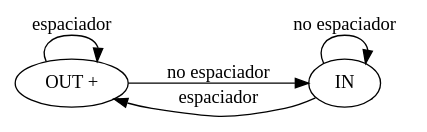
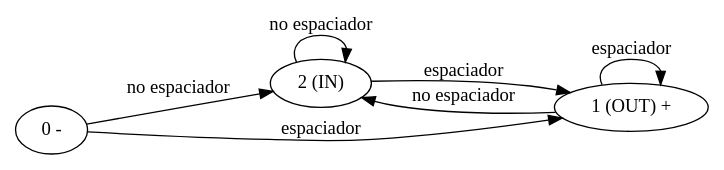
The diagram in 12-CMaquinasDeEstado/histograma.gv (LColamonici/SSL), drawn with Graphviz before and after one commit. The commit also changed 3 other files, not shown here.

```diff
--- a/12-CMaquinasDeEstado/histograma.gv
+++ b/12-CMaquinasDeEstado/histograma.gv
@@ -1,8 +1,12 @@
 digraph G{
     rankdir="LR"
-    out[label="OUT +"]
+    inicio[label="0 -"]
+    IN[label="2 (IN)"]
+    out[label="1 (OUT) +"]
     out->out[label="espaciador"]
     out->IN[label="no espaciador"]
     IN->IN[label="no espaciador"]
     IN->out[label="espaciador"]
+    inicio->out[label="espaciador"]
+    inicio->IN[label="no espaciador"]
 }
```
